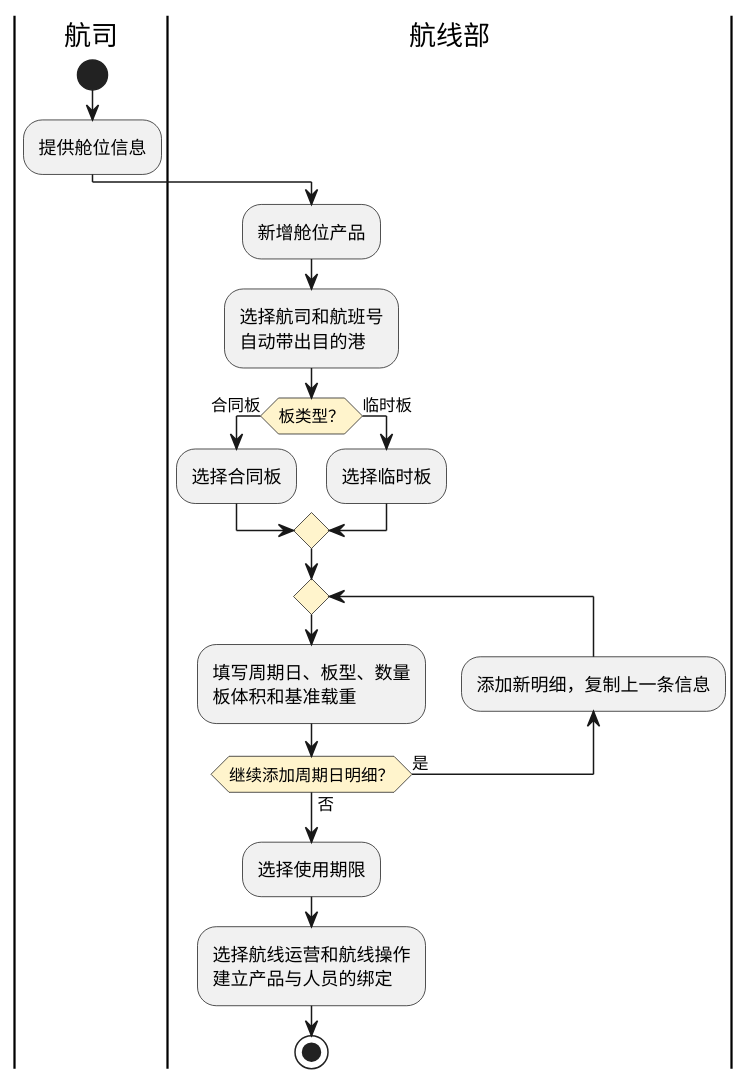
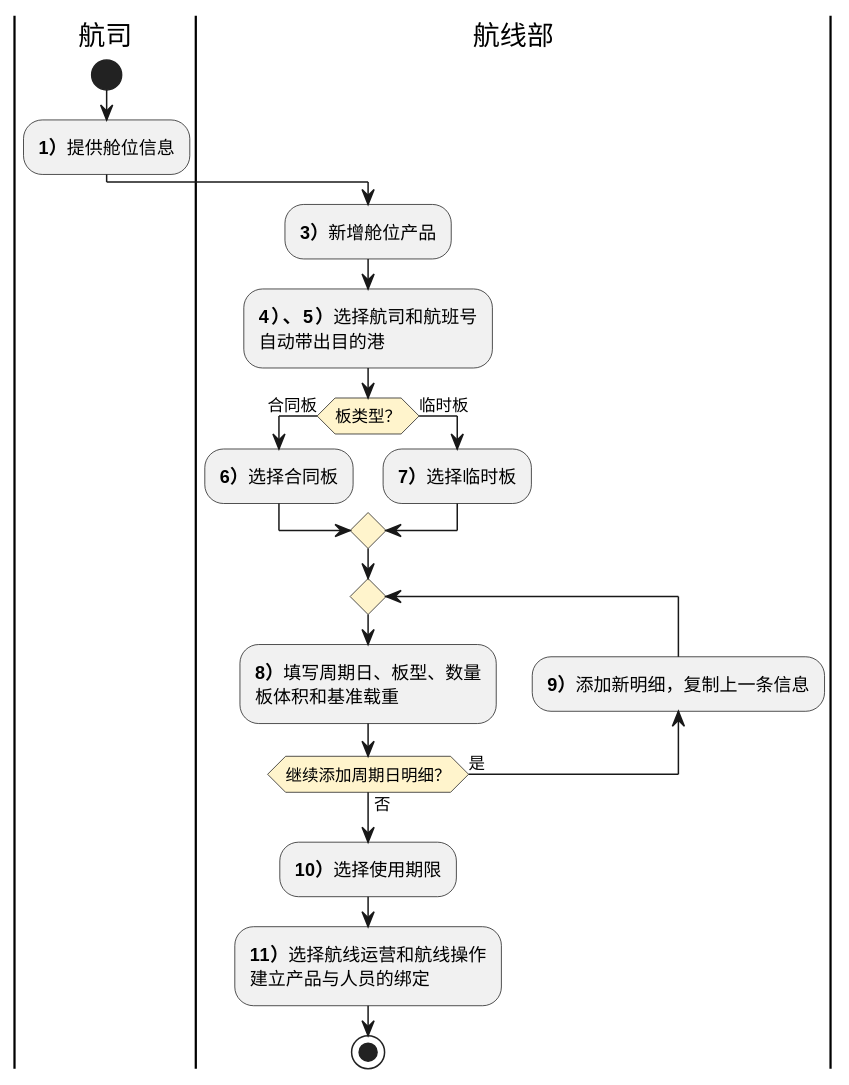
Before and after one commit to jack888332/projects-doc: the first of 2 diagrams in product-caliber/goldjet/segmented-prd/PRD.高捷物流系统一期.第008篇.舱位管理与配板.01F81010E3.md, drawn with PlantUML. The commit also changed other lines of this file and 24 other files, not shown here.

````diff
--- a/product-caliber/goldjet/segmented-prd/PRD.高捷物流系统一期.第008篇.舱位管理与配板.01F81010E3.md
+++ b/product-caliber/goldjet/segmented-prd/PRD.高捷物流系统一期.第008篇.舱位管理与配板.01F81010E3.md
@@ -68,23 +68,23 @@
 ```plantuml
 @startuml goldjet-008-capacity-product
 skinparam activityDiamondBackgroundColor #FFF4CC
 |航司|
 start
-:提供舱位信息;
+:**1）**提供舱位信息;
 |航线部|
-:新增舱位产品;
-:选择航司和航班号\n自动带出目的港;
+:**3）**新增舱位产品;
+:**4）、5）**选择航司和航班号\n自动带出目的港;
 if (板类型？) then (合同板)
-  :选择合同板;
+  :**6）**选择合同板;
 else (临时板)
-  :选择临时板;
+  :**7）**选择临时板;
 endif
 repeat
-  :填写周期日、板型、数量\n板体积和基准载重;
-  backward :添加新明细，复制上一条信息;
+  :**8）**填写周期日、板型、数量\n板体积和基准载重;
+  backward :**9）**添加新明细，复制上一条信息;
 repeat while (继续添加周期日明细？) is (是) not (否)
-:选择使用期限;
-:选择航线运营和航线操作\n建立产品与人员的绑定;
+:**10）**选择使用期限;
+:**11）**选择航线运营和航线操作\n建立产品与人员的绑定;
 stop
 @enduml
 ```
````
